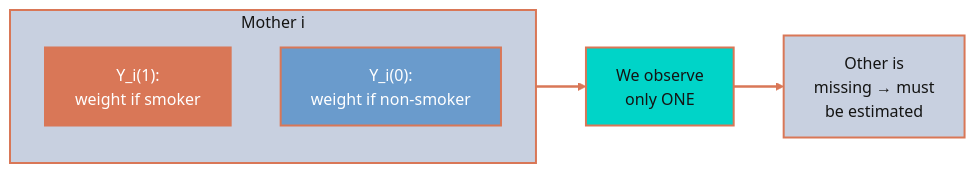
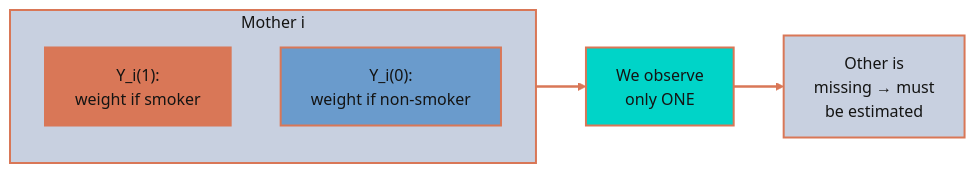
Before and after one commit to cmg777/starter-academic-v501: the second of 4 diagrams in content/post/stata_matching/index.md, drawn with Mermaid (forest theme). The commit also changed other lines of this file and 67 other files, not shown here.

First line of the commit message:
fix(mermaid): readable diagram text in both themes across the site

````diff
--- a/content/post/stata_matching/index.md
+++ b/content/post/stata_matching/index.md
@@ -290,15 +290,15 @@
 ```mermaid
 flowchart LR
     subgraph M["Mother i"]
         Y1["Y_i(1):<br/>weight if smoker"]
         Y0["Y_i(0):<br/>weight if non-smoker"]
     end
     M --> O["We observe<br/>only ONE"]
     O --> Q["Other is<br/>missing → must<br/>be estimated"]
-    style Y1 fill:#d97757,stroke:#d97757,stroke-width:2px,color:#fff
-    style Y0 fill:#6a9bcc,stroke:#d97757,stroke-width:2px,color:#fff
+    style Y1 fill:#d97757,stroke:#d97757,stroke-width:2px,color:#141413
+    style Y0 fill:#6a9bcc,stroke:#d97757,stroke-width:2px,color:#141413
     style M fill:#c8d0e0,stroke:#d97757,stroke-width:2px,color:#141413
     style O fill:#00d4c8,stroke:#d97757,stroke-width:2px,color:#141413
     style Q fill:#c8d0e0,stroke:#d97757,stroke-width:2px,color:#141413
     linkStyle 0,1 stroke:#d97757,stroke-width:2.5px
 ```
````
